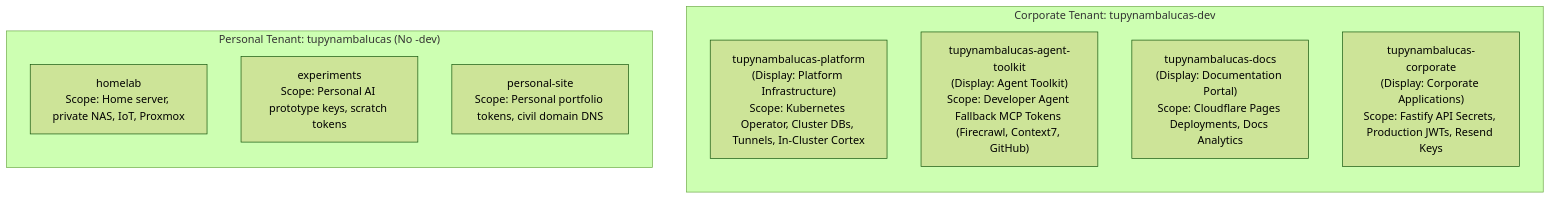
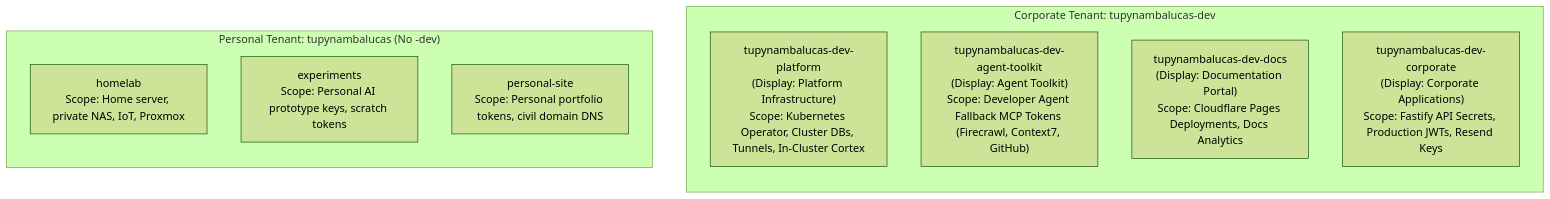
Before and after one commit to tupynambalucas-dev/.github: the second of 2 diagrams in .agents/plans/infisical-secret-governance-and-multi-layer-fallback.md, drawn with Mermaid (forest theme). The commit also changed other lines of this file and 1 other file, not shown here.

Commit message:
fix(plans): align corporate project slugs with tupynambalucas-dev organization prefix

````diff
--- a/.agents/plans/infisical-secret-governance-and-multi-layer-fallback.md
+++ b/.agents/plans/infisical-secret-governance-and-multi-layer-fallback.md
@@ -83,17 +83,17 @@
 ```mermaid
 flowchart TD
   subgraph TenantCorp ["Corporate Tenant: tupynambalucas-dev"]
     direction TB
-    C_Platform["tupynambalucas-platform<br/>(Display: Platform Infrastructure)<br/>Scope: Kubernetes Operator, Cluster DBs, Tunnels, In-Cluster Cortex"]
-    C_Toolkit["tupynambalucas-agent-toolkit<br/>(Display: Agent Toolkit)<br/>Scope: Developer Agent Fallback MCP Tokens (Firecrawl, Context7, GitHub)"]
-    C_Docs["tupynambalucas-docs<br/>(Display: Documentation Portal)<br/>Scope: Cloudflare Pages Deployments, Docs Analytics"]
-    C_Corp["tupynambalucas-corporate<br/>(Display: Corporate Applications)<br/>Scope: Fastify API Secrets, Production JWTs, Resend Keys"]
+    C_Platform["tupynambalucas-dev-platform<br/>(Display: Platform Infrastructure)<br/>Scope: Kubernetes Operator, Cluster DBs, Tunnels, In-Cluster Cortex"]
+    C_Toolkit["tupynambalucas-dev-agent-toolkit<br/>(Display: Agent Toolkit)<br/>Scope: Developer Agent Fallback MCP Tokens (Firecrawl, Context7, GitHub)"]
+    C_Docs["tupynambalucas-dev-docs<br/>(Display: Documentation Portal)<br/>Scope: Cloudflare Pages Deployments, Docs Analytics"]
+    C_Corp["tupynambalucas-dev-corporate<br/>(Display: Corporate Applications)<br/>Scope: Fastify API Secrets, Production JWTs, Resend Keys"]
   end
 
   subgraph TenantPers ["Personal Tenant: tupynambalucas (No -dev)"]
     direction TB
     P_Home["homelab<br/>Scope: Home server, private NAS, IoT, Proxmox"]
     P_Exp["experiments<br/>Scope: Personal AI prototype keys, scratch tokens"]
     P_Site["personal-site<br/>Scope: Personal portfolio tokens, civil domain DNS"]
   end
 ```
````
